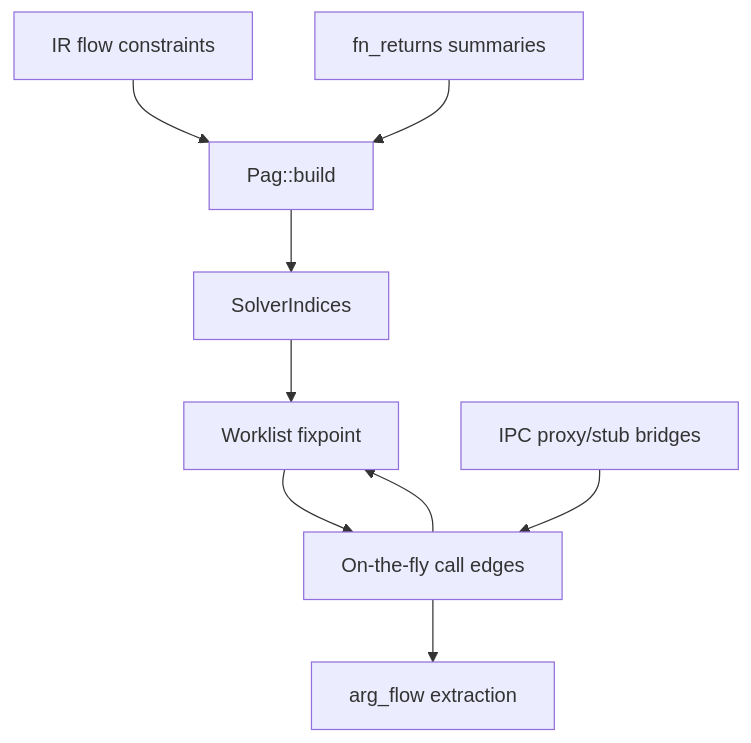
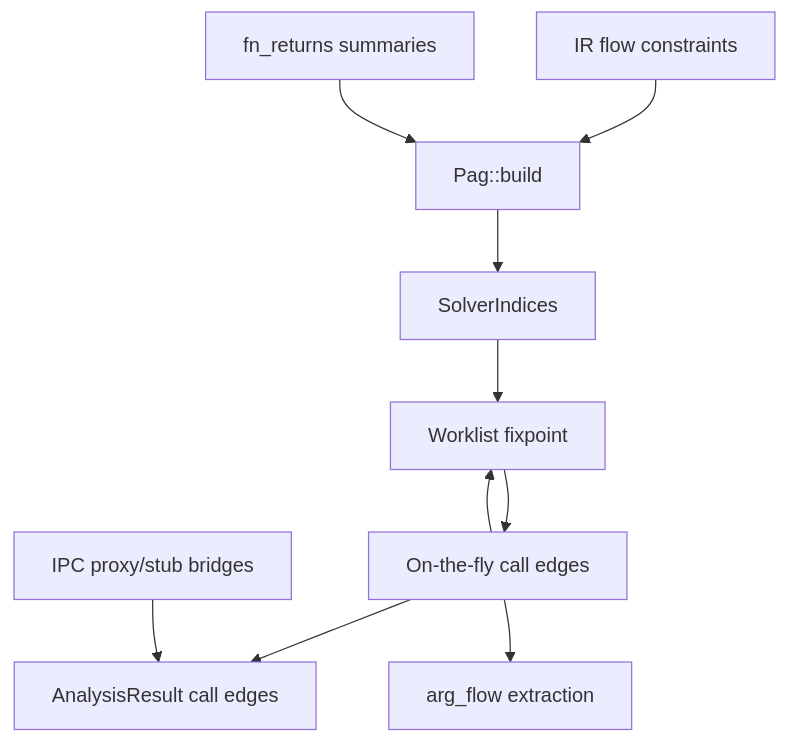
Before and after one commit to DrSergei/pathologist: the diagram in docs/ANALYSIS.md, drawn with Mermaid. The commit also changed other lines of this file and 15 other files, not shown here.

````diff
--- a/docs/ANALYSIS.md
+++ b/docs/ANALYSIS.md
@@ -17,19 +17,21 @@
 ```mermaid
 flowchart TD
   Flow[IR flow constraints]
   Ret[fn_returns summaries]
   PAG[Pag::build]
   Idx[SolverIndices]
   WL[Worklist fixpoint]
   CG[On-the-fly call edges]
   IPC[IPC proxy/stub bridges]
+  OUT[AnalysisResult call edges]
   AF[arg_flow extraction]
 
   Flow --> PAG
   Ret --> PAG
   PAG --> Idx --> WL
   WL --> CG
-  IPC --> CG
   CG --> WL
+  CG --> OUT
+  IPC --> OUT
   CG --> AF
 ```
````
